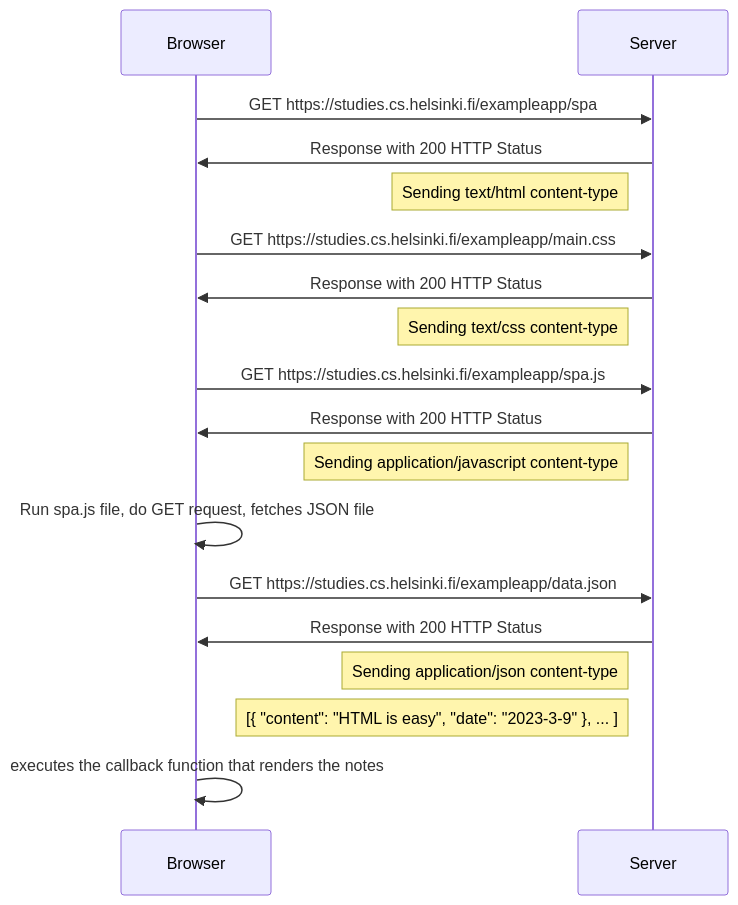
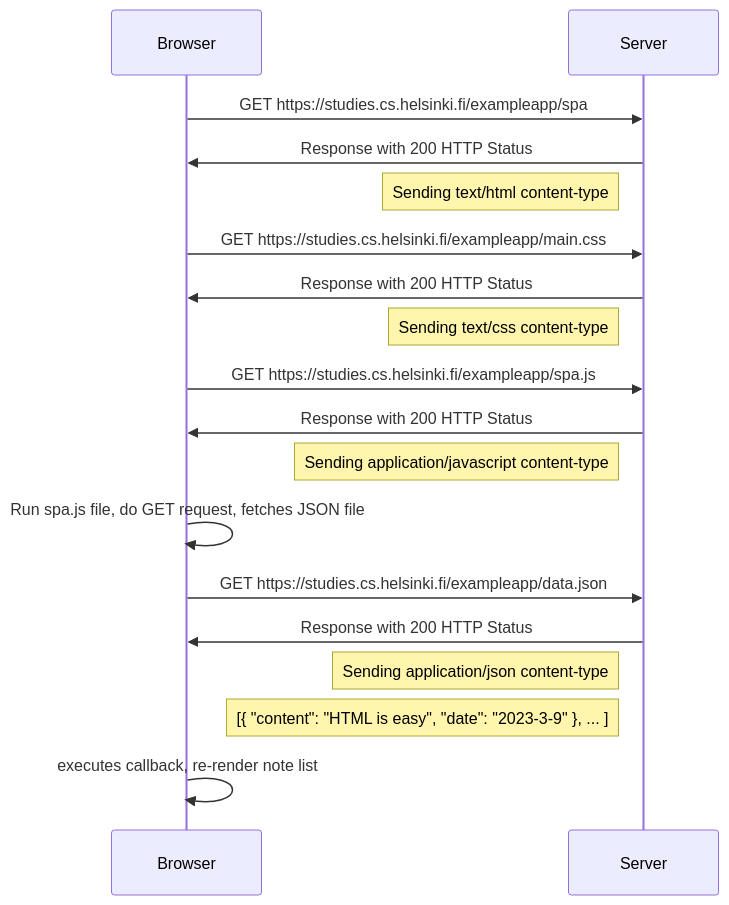
The diagram in part0/0.5.md (walvisk/fsopen-helsinki), drawn with Mermaid before and after one commit.

Commit message:
adding more clear comment on 0.5

````diff
--- a/part0/0.5.md
+++ b/part0/0.5.md
@@ -1,20 +1,20 @@
 ```mermaid
 
 sequenceDiagram
     Browser->>Server: GET https://studies.cs.helsinki.fi/exampleapp/spa
     Server->>Browser: Response with 200 HTTP Status
     Note left of Server: Sending text/html content-type
     Browser->>Server: GET https://studies.cs.helsinki.fi/exampleapp/main.css
     Server->>Browser: Response with 200 HTTP Status
     Note left of Server: Sending text/css content-type
     Browser->>Server: GET https://studies.cs.helsinki.fi/exampleapp/spa.js
     Server->>Browser: Response with 200 HTTP Status
     Note left of Server: Sending application/javascript content-type
     Browser->>Browser: Run spa.js file, do GET request, fetches JSON file
     Browser->>Server: GET https://studies.cs.helsinki.fi/exampleapp/data.json
     Server->>Browser: Response with 200 HTTP Status
     Note left of Server: Sending application/json content-type
     Note left of Server: [{ "content": "HTML is easy", "date": "2023-3-9" }, ... ]
-    Browser->>Browser: executes the callback function that renders the notes
+    Browser->>Browser: executes callback, re-render note list
 
 ```
````
